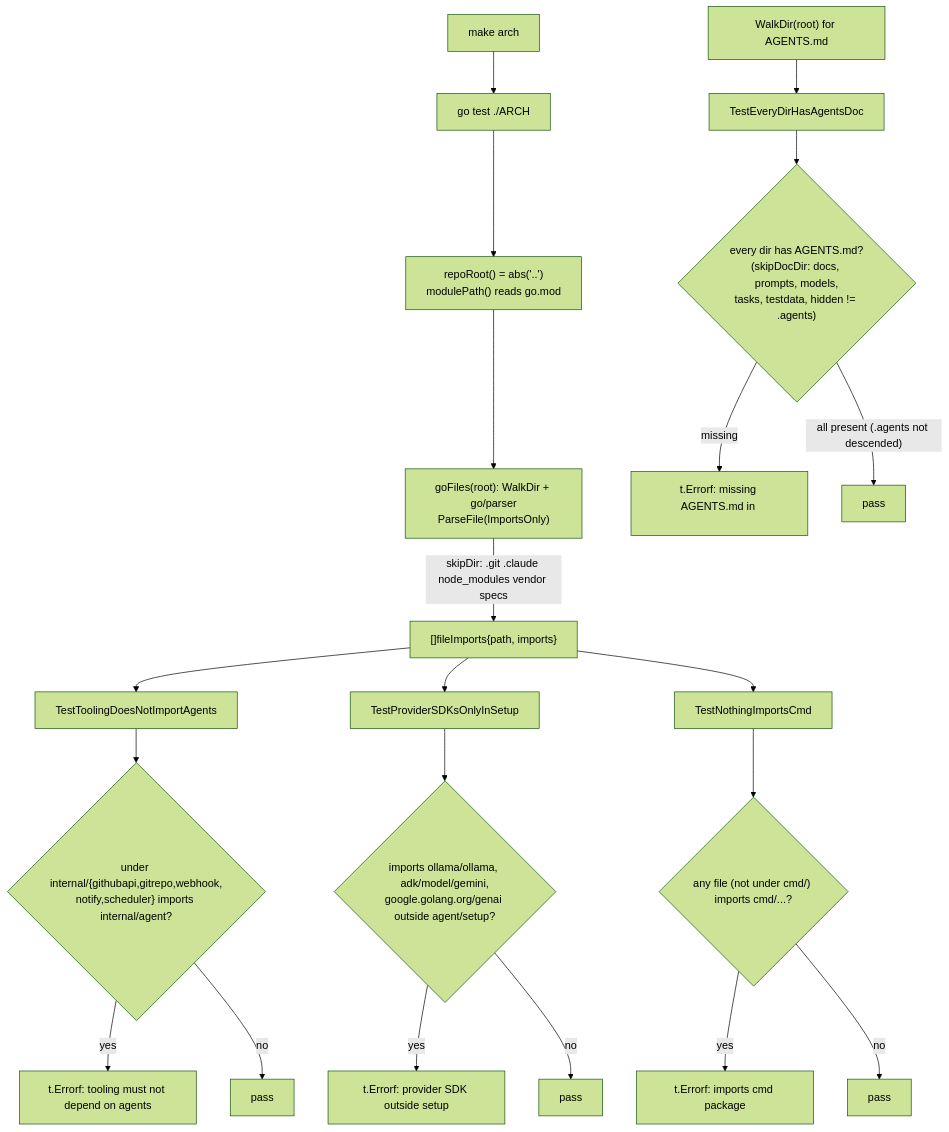
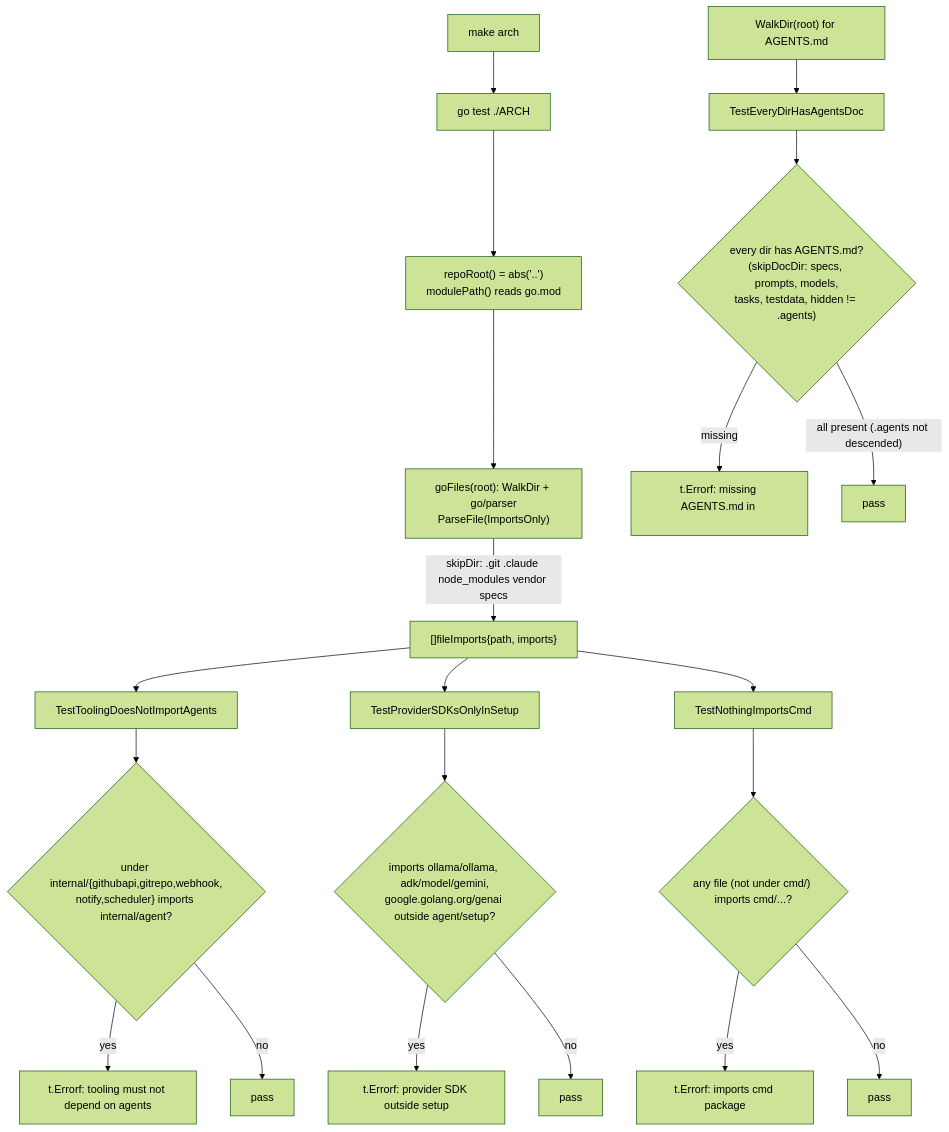
The diagram in go/ARCH/AGENTS.md (jkjamies/automation-agent), drawn with Mermaid (forest theme) before and after one commit. The commit also changed 73 other files, not shown here.

````diff
--- a/go/ARCH/AGENTS.md
+++ b/go/ARCH/AGENTS.md
@@ -8,28 +8,28 @@
 ```mermaid
 flowchart TD
     Make["make arch"] --> Run["go test ./ARCH"]
     Run --> Helpers["repoRoot() = abs('..')<br/>modulePath() reads go.mod"]
     Helpers --> Walk["goFiles(root): WalkDir + go/parser<br/>ParseFile(ImportsOnly)"]
     Walk -->|"skipDir: .git .claude node_modules vendor specs"| FI["[]fileImports{path, imports}"]
 
     FI --> T1["TestToolingDoesNotImportAgents"]
     FI --> T2["TestProviderSDKsOnlyInSetup"]
     FI --> T3["TestNothingImportsCmd"]
     Root["WalkDir(root) for AGENTS.md"] --> T4["TestEveryDirHasAgentsDoc"]
 
     T1 --> C1{"under internal/{githubapi,gitrepo,webhook,<br/>notify,scheduler} imports internal/agent?"}
     C1 -->|yes| F1["t.Errorf: tooling must not depend on agents"]
     C1 -->|no| OK1["pass"]
 
     T2 --> C2{"imports ollama/ollama, adk/model/gemini,<br/>google.golang.org/genai outside agent/setup?"}
     C2 -->|yes| F2["t.Errorf: provider SDK outside setup"]
     C2 -->|no| OK2["pass"]
 
     T3 --> C3{"any file (not under cmd/) imports cmd/...?"}
     C3 -->|yes| F3["t.Errorf: imports cmd package"]
     C3 -->|no| OK3["pass"]
 
-    T4 --> C4{"every dir has AGENTS.md?<br/>(skipDocDir: docs, prompts, models,<br/>tasks, testdata, hidden != .agents)"}
+    T4 --> C4{"every dir has AGENTS.md?<br/>(skipDocDir: specs, prompts, models,<br/>tasks, testdata, hidden != .agents)"}
     C4 -->|missing| F4["t.Errorf: missing AGENTS.md in <dir>"]
     C4 -->|"all present (.agents not descended)"| OK4["pass"]
 ```
````
